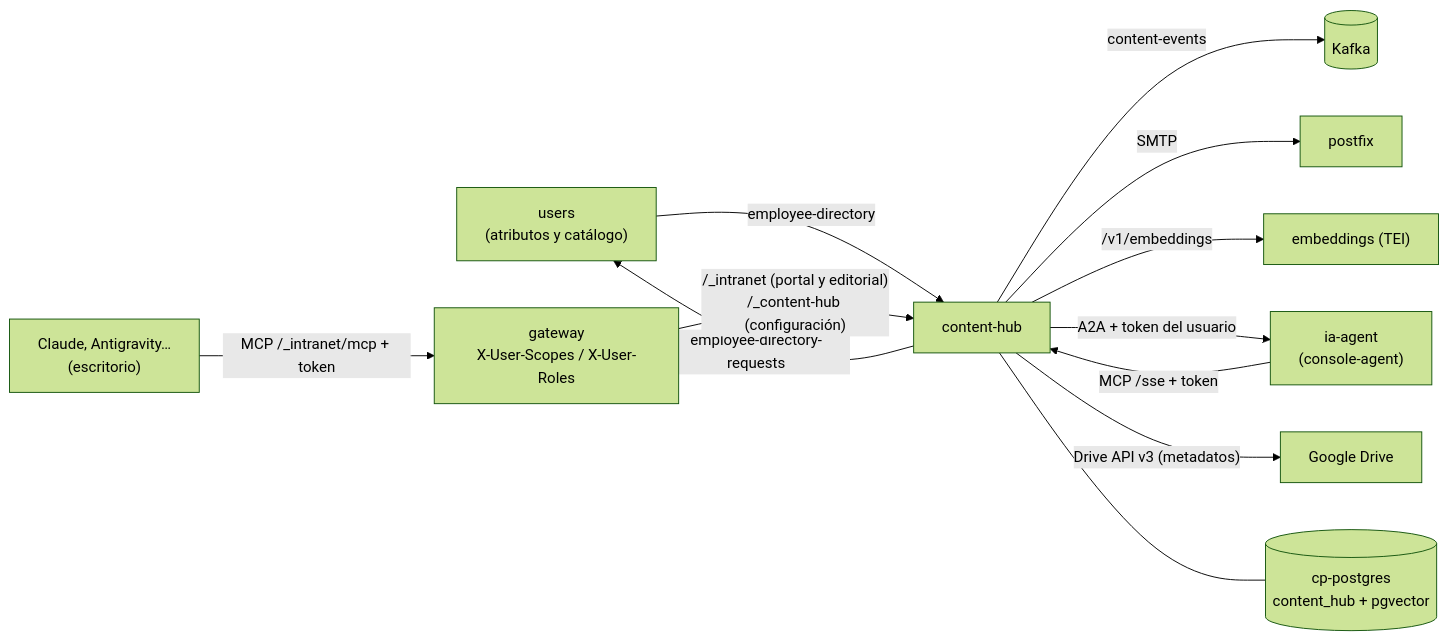
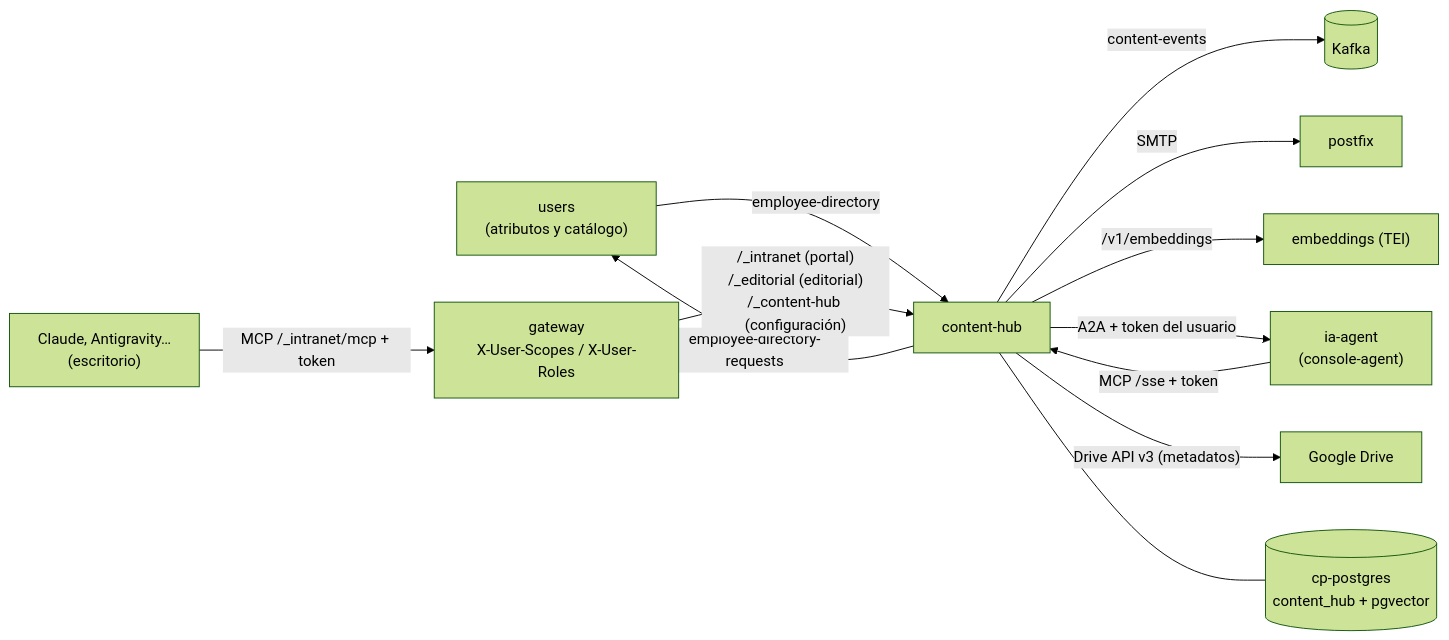
Before and after one commit to miguelperezcolom/ec-demo1: the first of 4 diagrams in doc/src/content/docs/intranet/arquitectura.md, drawn with Mermaid (forest theme). The commit also changed other lines of this file and 13 other files, not shown here.

First line of the commit message:
Editorial as a first-level menu of the data plane's console, next to Intranet

````diff
--- a/doc/src/content/docs/intranet/arquitectura.md
+++ b/doc/src/content/docs/intranet/arquitectura.md
@@ -50,14 +50,14 @@
 ```mermaid
 flowchart LR
   U["users<br/>(atributos y catálogo)"] -- employee-directory --> CH
   CH -- employee-directory-requests --> U
-  GW["gateway<br/>X-User-Scopes / X-User-Roles"] -- "/_intranet (portal y editorial)<br/>/_content-hub (configuración)" --> CH["content-hub"]
+  GW["gateway<br/>X-User-Scopes / X-User-Roles"] -- "/_intranet (portal)<br/>/_editorial (editorial)<br/>/_content-hub (configuración)" --> CH["content-hub"]
   AG["ia-agent<br/>(console-agent)"] -- "MCP /sse + token" --> CH
   DK["Claude, Antigravity…<br/>(escritorio)"] -- "MCP /_intranet/mcp + token" --> GW
   CH -- content-events --> K[("Kafka")]
   CH -- SMTP --> PF["postfix"]
   CH -- "/v1/embeddings" --> EMB["embeddings (TEI)"]
   CH -- "A2A + token del usuario" --> AG
   CH -- "Drive API v3 (metadatos)" --> GD["Google Drive"]
   CH --- DB[("cp-postgres<br/>content_hub + pgvector")]
 ```
````
